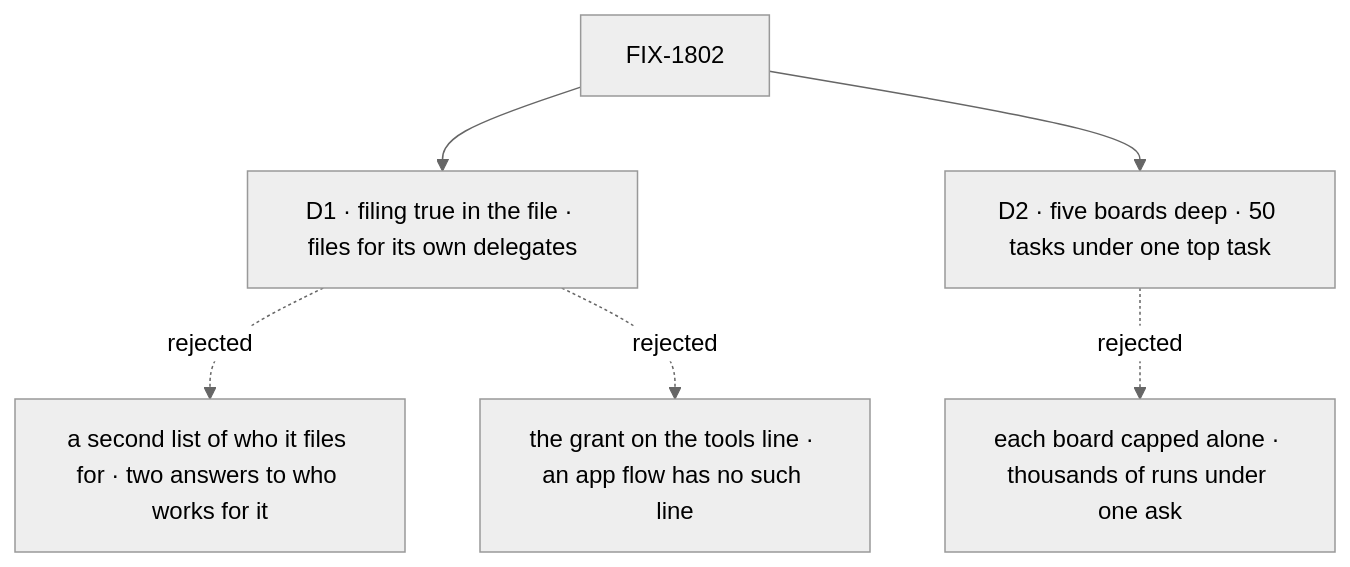
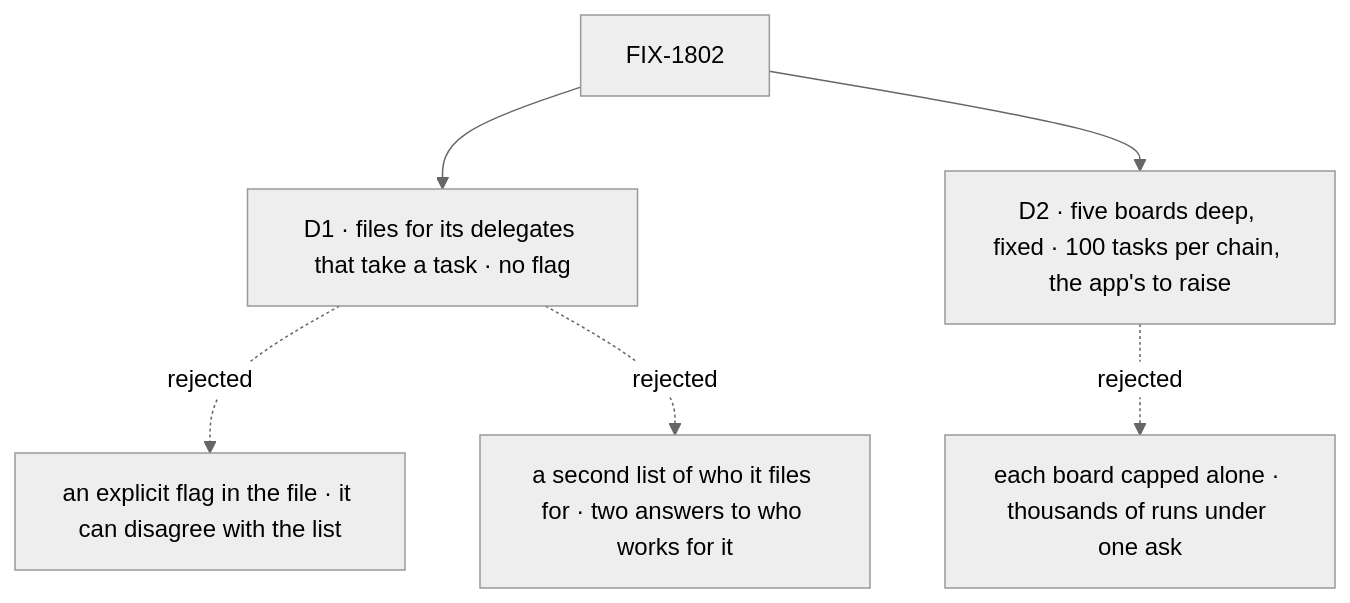
Before and after one commit to fixpoint-labs/flow-state-dev: the diagram in specs/issues/FIX-1802/DECISIONS.md, drawn with Mermaid (neutral theme). The commit also changed other lines of this file and 22 other files, not shown here.

````diff
--- a/specs/issues/FIX-1802/DECISIONS.md
+++ b/specs/issues/FIX-1802/DECISIONS.md
@@ -12,8 +12,8 @@
 ```mermaid
 flowchart TD
-  I["FIX-1802"] --> D1["D1 · filing true in the file · files for its own delegates"]
-  D1 -.->|"rejected"| X1["a second list of who it files for · two answers to who works for it"]
-  D1 -.->|"rejected"| X1b["the grant on the tools line · an app flow has no such line"]
-  I --> D2["D2 · five boards deep · 50 tasks under one top task"]
+  I["FIX-1802"] --> D1["D1 · files for its delegates that take a task · no flag"]
+  D1 -.->|"rejected"| X1["an explicit flag in the file · it can disagree with the list"]
+  D1 -.->|"rejected"| X1b["a second list of who it files for · two answers to who works for it"]
+  I --> D2["D2 · five boards deep, fixed · 100 tasks per chain, the app's to raise"]
   D2 -.->|"rejected"| X2["each board capped alone · thousands of runs under one ask"]
 ```
````
